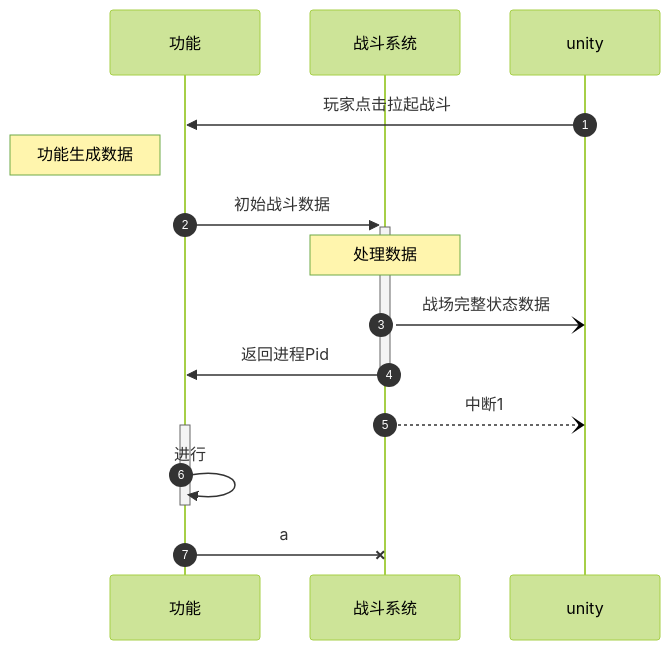
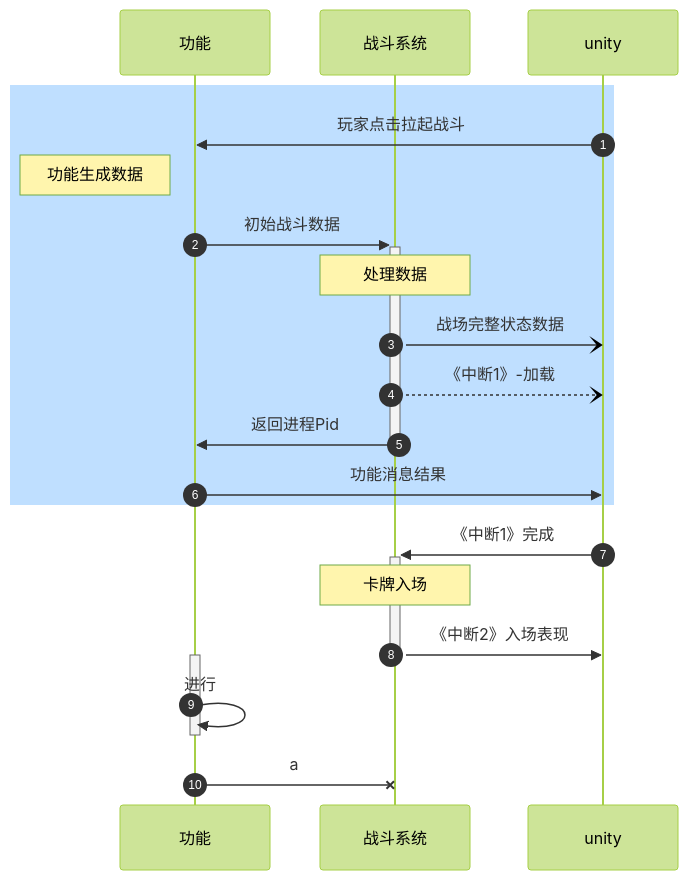
One commit to zheng-dev/zheng-dev.github.io changed the diagram in fight.md. Above: the diagram before and after it, drawn with Mermaid (forest theme).

Commit message:
激活

````diff
--- a/fight.md
+++ b/fight.md
@@ -2,21 +2,28 @@
 ```mermaid
 sequenceDiagram
 participant f as 功能
 participant z as 战斗系统
 participant u as unity
 autonumber
+rect rgb(191, 223, 255)
 u ->> f: 玩家点击拉起战斗
 note left of f :功能生成数据
 
 f->>+z: 初始战斗数据
 note over  z:处理数据 
 z-)u:战场完整状态数据
+z--)u:《中断1》-加载
 z->>-f: 返回进程Pid
-z--)u:中断1
+f->>u:功能消息结果
+end
+u->>+z:《中断1》完成
+note over z:卡牌入场
+z->>-u:《中断2》入场表现
+
 
 activate  f
 f->>-f:进行
 f-xz:a
 
 
 ```
````
